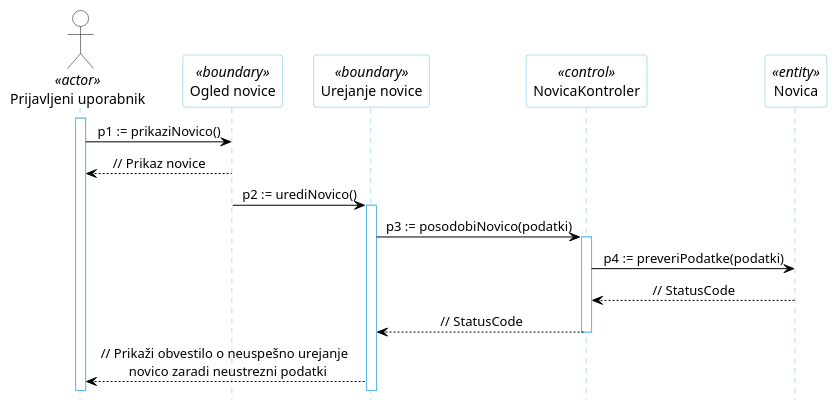
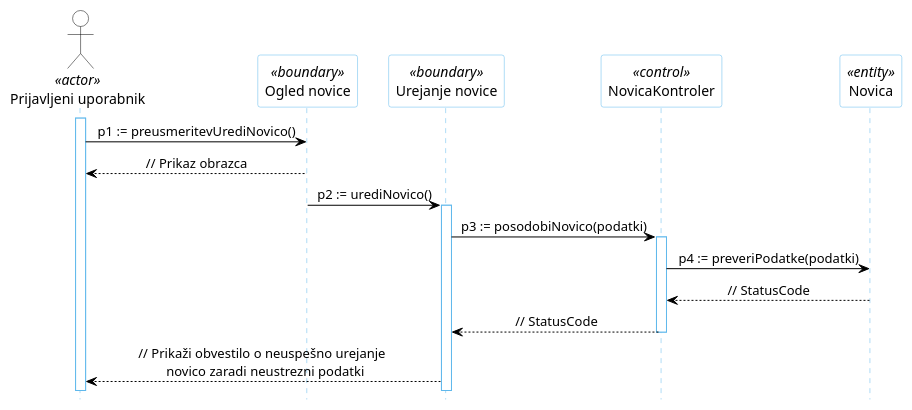
One commit to kupinah/test-tpo changed the diagram in docs/gradivo/plantuml/DZ/08b.puml. Above: the diagram before and after it, drawn with PlantUML. The commit also changed 21 other files, not shown here.

```diff
--- a/docs/gradivo/plantuml/DZ/08b.puml
+++ b/docs/gradivo/plantuml/DZ/08b.puml
@@ -1,32 +1,32 @@
 @startuml
 hide footbox
 
 skinparam backgroundcolor transparent
 skinparam defaultTextAlignment center
 skinparam actorBorderColor black
 skinparam actorBackgroundColor white
 skinparam arrowColor black
 skinparam sequenceLifeLineBorderColor #5FB8EC
 skinparam sequenceParticipantBorderColor #5FB8EC
 skinparam sequenceParticipantBackgroundColor white
 
 actor "Prijavljeni uporabnik" AS U1 <<actor>>
 
 participant "Ogled novice" as R6 <<boundary>>
 participant "Urejanje novice" as R5 <<boundary>>
 participant "NovicaKontroler" as R2 <<control>>
 participant "Novica" as R4 <<entity>>
 
 activate U1
-U1 -> R6: p1 := prikaziNovico()
-R6 --> U1: // Prikaz novice
+U1 -> R6: p1 := preusmeritevUrediNovico()
+R6 --> U1: // Prikaz obrazca
 R6 -> R5: p2 := urediNovico()
 activate R5
 R5 -> R2: p3 := posodobiNovico(podatki)
 activate R2
 R2 -> R4: p4 := preveriPodatke(podatki)
 R4 --> R2: // StatusCode
 R2 --> R5: // StatusCode
 deactivate R2
 R5 --> U1: // Prikaži obvestilo o neuspešno urejanje \n novico zaradi neustrezni podatki
 @enduml
```
